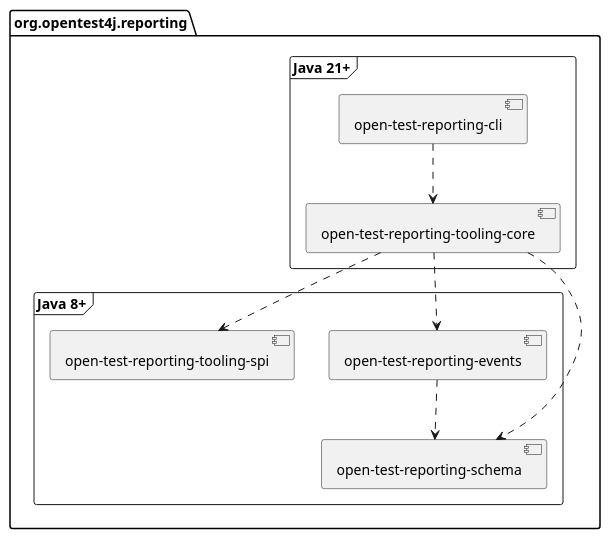
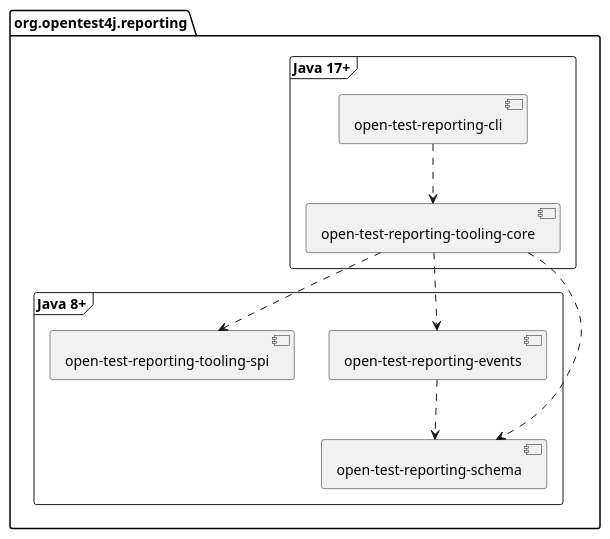
Before and after one commit to ota4j-team/open-test-reporting: the diagram in documentation/component-diagram.puml, drawn with PlantUML. The commit also changed 7 other files, not shown here.

```diff
--- a/documentation/component-diagram.puml
+++ b/documentation/component-diagram.puml
@@ -1,27 +1,27 @@
 @startuml
 
 skinparam {
     defaultFontName sans-serif
 }
 
 package org.opentest4j.reporting {
-    frame "Java 21+" {
+    frame "Java 17+" {
         [open-test-reporting-cli] as cli
         [open-test-reporting-tooling-core] as tooling_core
     }
     frame "Java 8+" {
         [open-test-reporting-events] as events
         [open-test-reporting-schema] as schema
         [open-test-reporting-tooling-spi] as tooling_spi
     }
 }
 
 cli ..> tooling_core
 
 events ..> schema
 
 tooling_core ..> schema
 tooling_core ..> events
 tooling_core ..> tooling_spi
 
 @enduml
```
